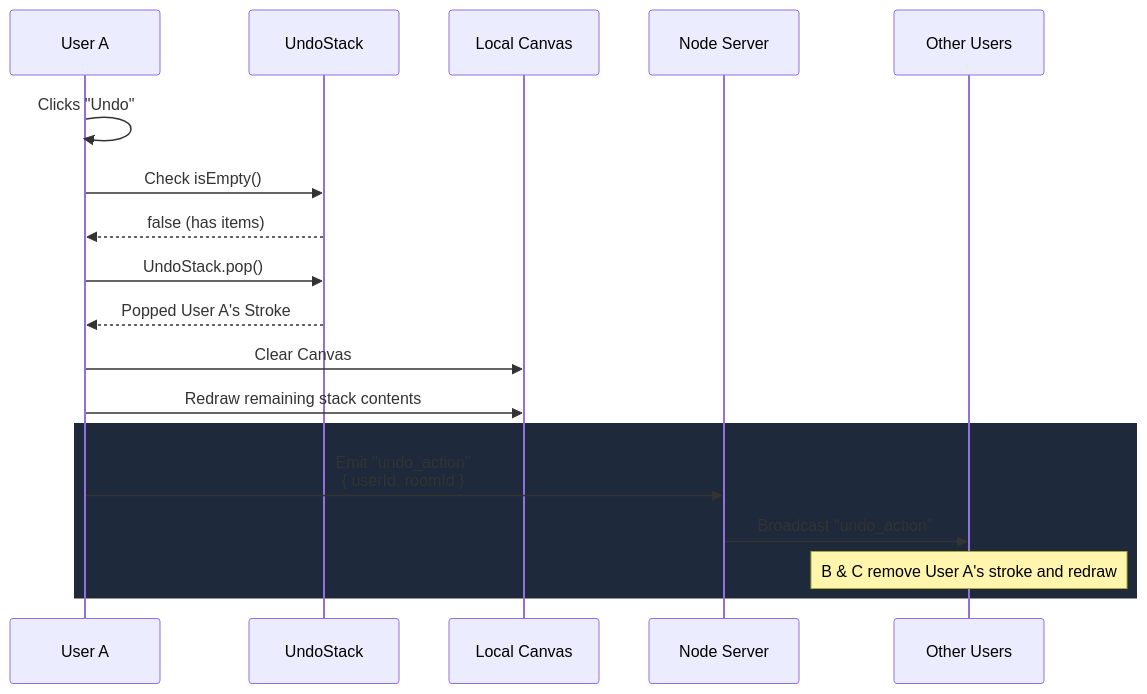
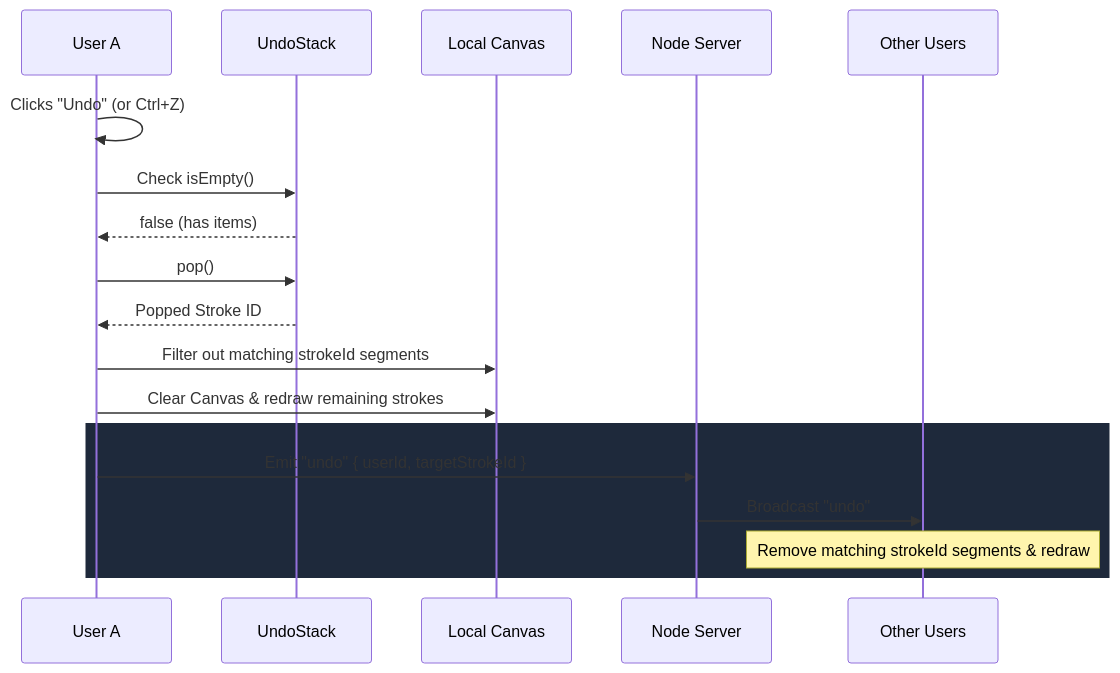
One commit to prem22k/Online-Collaborative-Whiteboard changed the fourth of 6 diagrams in docs/architecture_data_flow.md. Above: the diagram before and after it, drawn with Mermaid. The commit also changed other lines of this file and 3 other files, not shown here.

````diff
--- a/docs/architecture_data_flow.md
+++ b/docs/architecture_data_flow.md
@@ -86,24 +85,24 @@
 ```mermaid
 sequenceDiagram
     participant A as User A
     participant Stack as UndoStack
     participant C as Local Canvas
     participant S as Node Server
     participant B as Other Users
 
-    A->>A: Clicks "Undo"
+    A->>A: Clicks "Undo" (or Ctrl+Z)
     A->>Stack: Check isEmpty()
     Stack-->>A: false (has items)
-    
-    A->>Stack: UndoStack.pop()
-    Stack-->>A: Popped User A's Stroke
-    
-    A->>C: Clear Canvas
-    A->>C: Redraw remaining stack contents
-    
+
+    A->>Stack: pop()
+    Stack-->>A: Popped Stroke ID
+
+    A->>C: Filter out matching strokeId segments
+    A->>C: Clear Canvas & redraw remaining strokes
+
     rect rgb(30, 41, 59)
-    A->>S: Emit "undo_action"<br/>{ userId, roomId }
-    S->>B: Broadcast "undo_action"
-    Note over B: B & C remove User A's stroke and redraw
+    A->>S: Emit "undo" { userId, targetStrokeId }
+    S->>B: Broadcast "undo"
+    Note over B: Remove matching strokeId segments & redraw
     end
 ```
````
